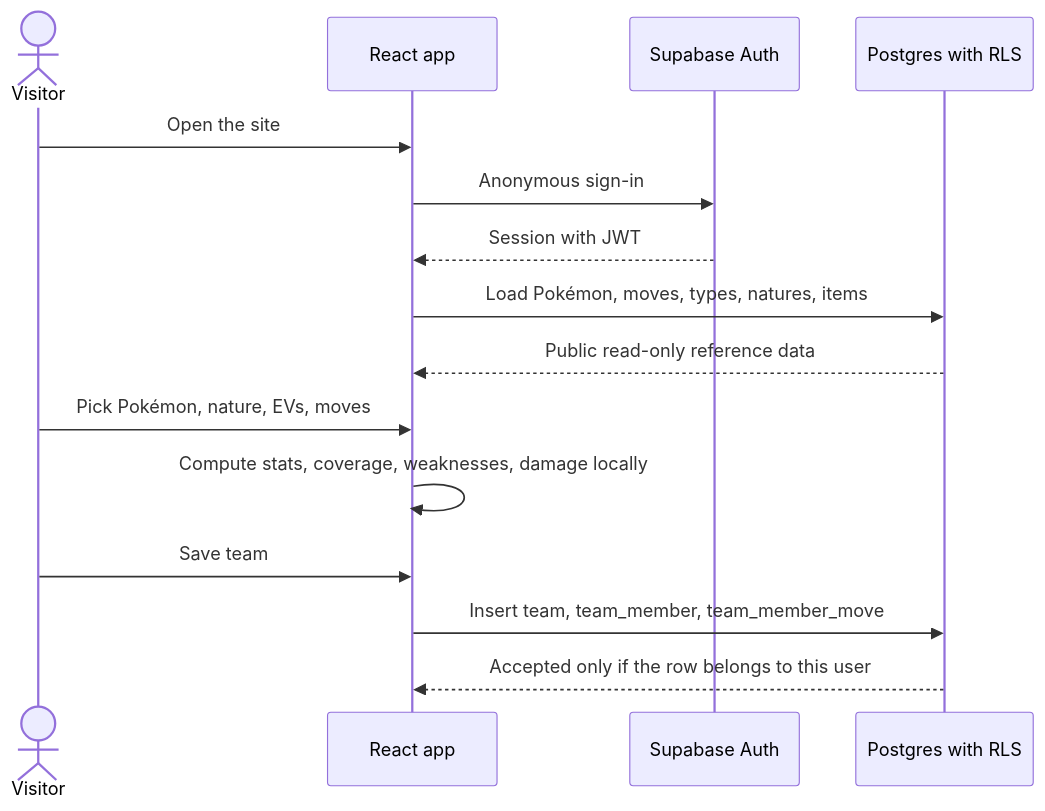
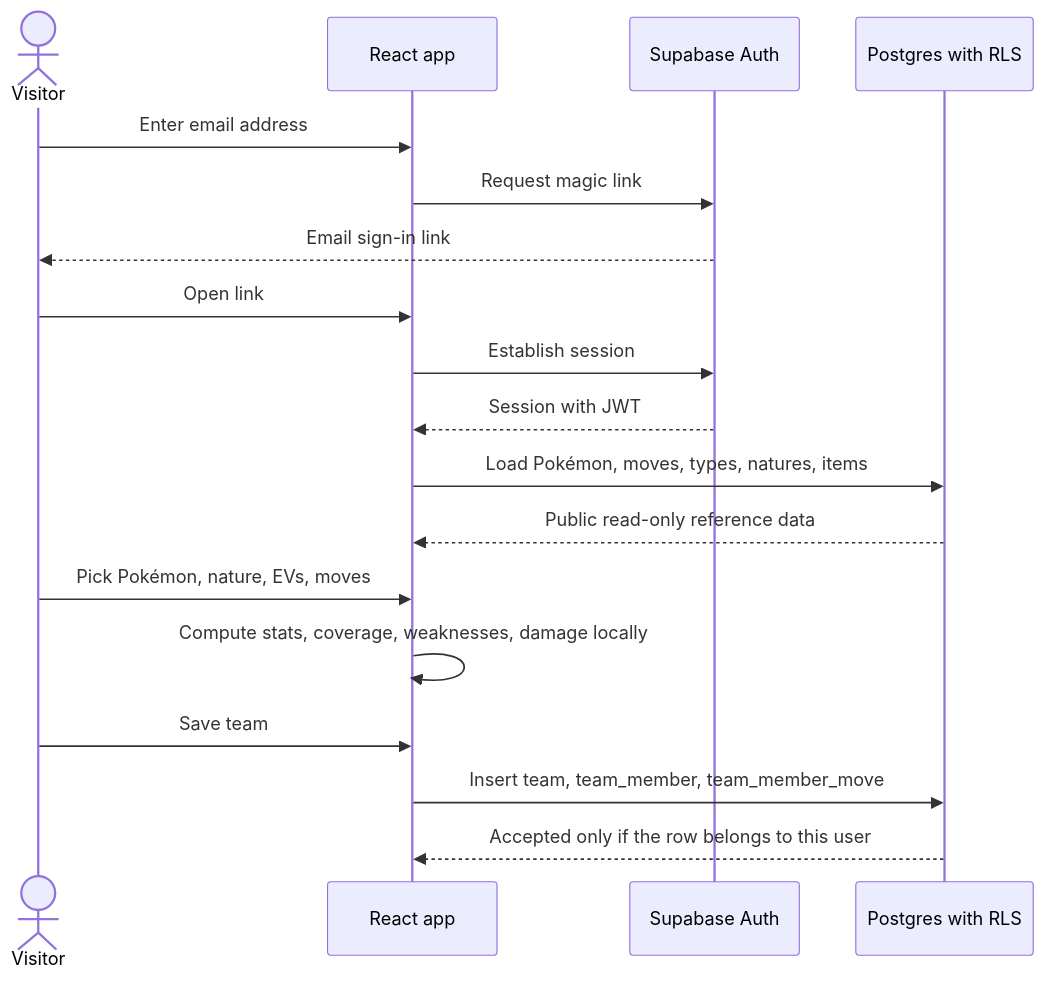
Before and after one commit to ZonkeyZebra/pokedex-team-builder: the third of 4 diagrams in README.md, drawn with Mermaid. The commit also changed other lines of this file and 20 other files, not shown here.

````diff
--- a/README.md
+++ b/README.md
@@ -95,18 +95,21 @@
 ```mermaid
 sequenceDiagram
     actor U as Visitor
     participant App as React app
     participant Auth as Supabase Auth
     participant DB as Postgres with RLS
 
-    U->>App: Open the site
-    App->>Auth: Anonymous sign-in
+    U->>App: Enter email address
+    App->>Auth: Request magic link
+    Auth-->>U: Email sign-in link
+    U->>App: Open link
+    App->>Auth: Establish session
     Auth-->>App: Session with JWT
     App->>DB: Load Pokémon, moves, types, natures, items
     DB-->>App: Public read-only reference data
     U->>App: Pick Pokémon, nature, EVs, moves
     App->>App: Compute stats, coverage, weaknesses, damage locally
     U->>App: Save team
     App->>DB: Insert team, team_member, team_member_move
     DB-->>App: Accepted only if the row belongs to this user
 ```
````
